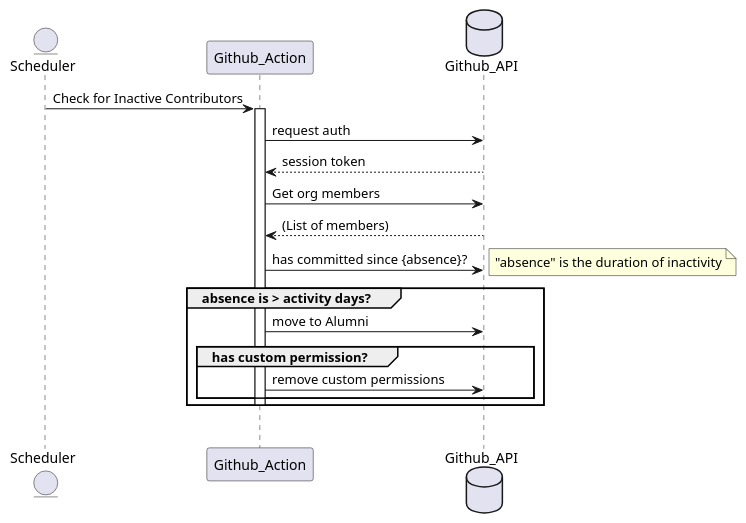
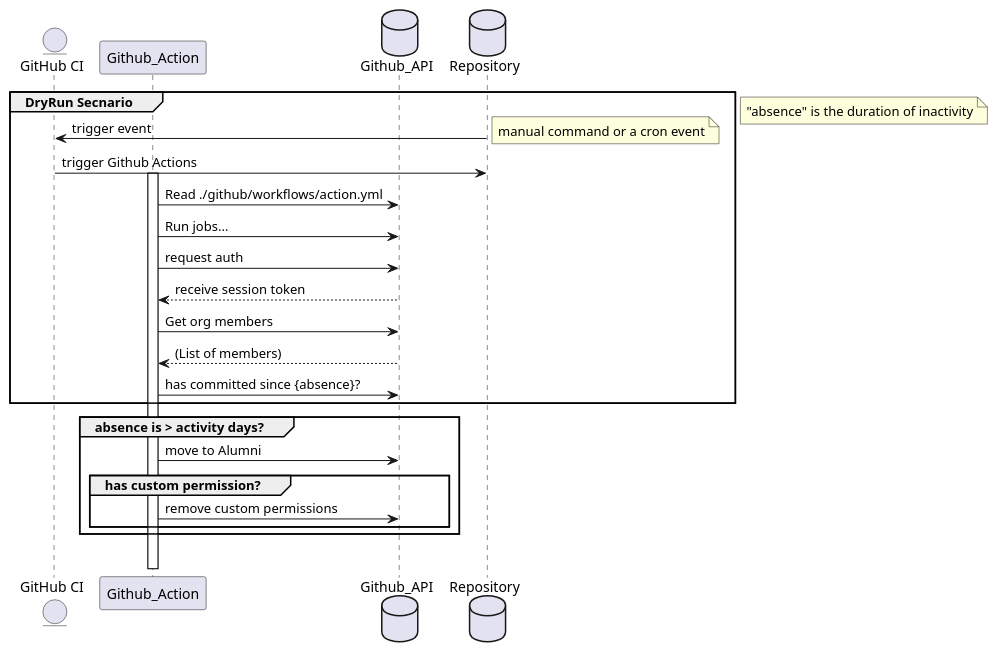
One commit to cucumber/action-retire-inactive-contributors changed the diagram in diagrams/sequence.puml. Above: the diagram before and after it, drawn with PlantUML. The commit also changed 7 other files, not shown here.

Commit message:
add more expressive type for the 'dry-run' config value #45

```diff
--- a/diagrams/sequence.puml
+++ b/diagrams/sequence.puml
@@ -1,28 +1,39 @@
 @startuml
-entity Scheduler as s
+entity "GitHub CI" as s
 participant Github_Action as action
 database Github_API as gh
+database Repository as repo
 
-s -> action: Check for Inactive Contributors
+group DryRun Secnario
+s <- repo: trigger event
+note right
+manual command or a cron event
+end note
+s -> repo: trigger Github Actions
+
 activate action
+action -> gh: Read ./github/workflows/action.yml
+action -> gh: Run jobs...
 action -> gh: request auth
-action <-- gh: session token
+action <-- gh: receive session token
 action -> gh: Get org members
 action <--  gh:(List of members)
 action -> gh: has committed since {absence}?
+
+end group
 
 note right
 "absence" is the duration of inactivity
 end note
 
 group absence is > activity days?
     action -> gh: move to Alumni
     group has custom permission?
     action -> gh: remove custom permissions
     end
     deactivate
     end
 
 
 group
 @enduml
```
